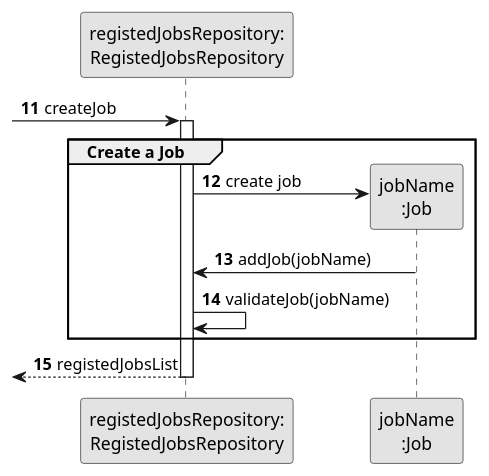
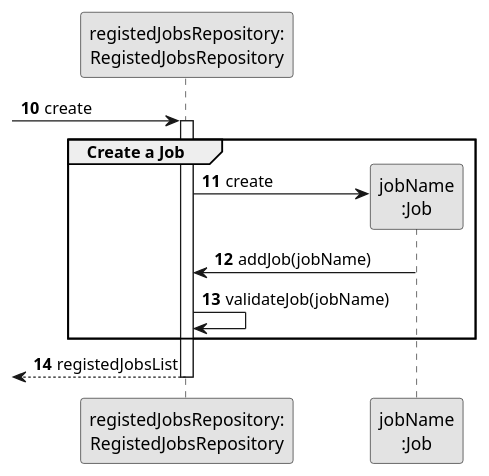
One commit to 1231360-ISEP/lei-24-s2-1db-g021 changed the diagram in docs/sprint2/us002/03.design/puml/us002-sequence-diagram-partial-create-job.puml. Above: the diagram before and after it, drawn with PlantUML. The commit also changed 6 other files, not shown here.

```diff
--- a/docs/sprint2/us002/03.design/puml/us002-sequence-diagram-partial-create-job.puml
+++ b/docs/sprint2/us002/03.design/puml/us002-sequence-diagram-partial-create-job.puml
@@ -1,27 +1,27 @@
 @startuml
 skinparam monochrome true
 skinparam packageStyle rectangle
 skinparam shadowing false
 
 participant "registedJobsRepository:\nRegistedJobsRepository" as RegistedJobsRepository
 participant "jobName\n:Job" as PROFISSAO
 
-autonumber 11
--> RegistedJobsRepository: createJob
+autonumber 10
+-> RegistedJobsRepository: create
 activate RegistedJobsRepository
 
     group Create a Job
 
-        RegistedJobsRepository -> PROFISSAO**: create job
+        RegistedJobsRepository -> PROFISSAO**: create
         PROFISSAO -> RegistedJobsRepository: addJob(jobName)
 
             RegistedJobsRepository -> RegistedJobsRepository: validateJob(jobName)
 
     end
 
     <-- RegistedJobsRepository : registedJobsList
 
 deactivate RegistedJobsRepository
 
 
 @enduml
```
